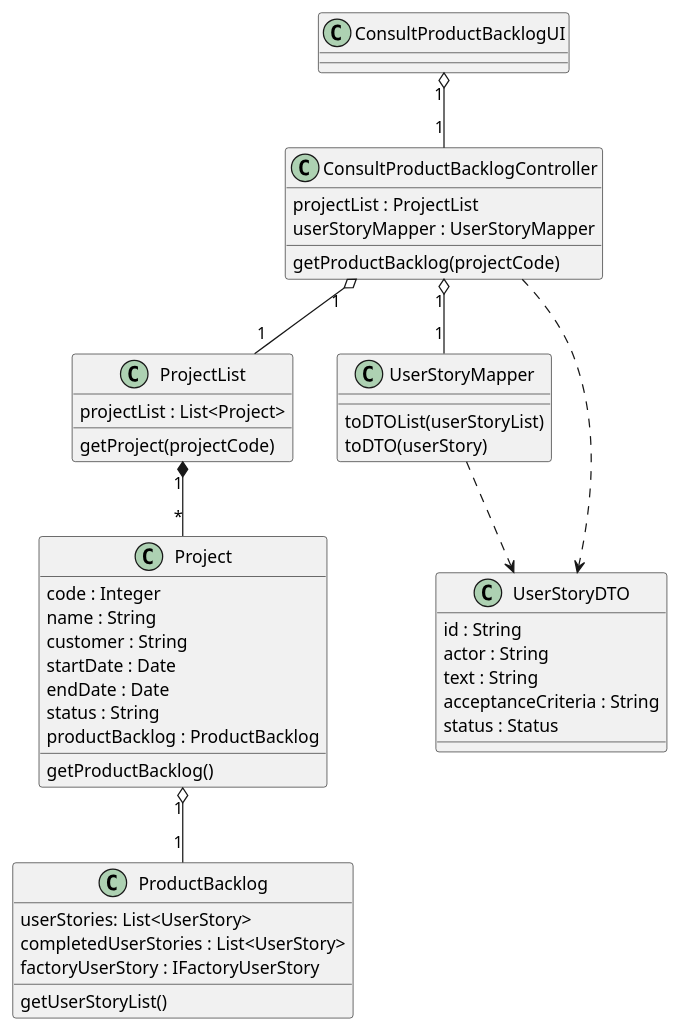
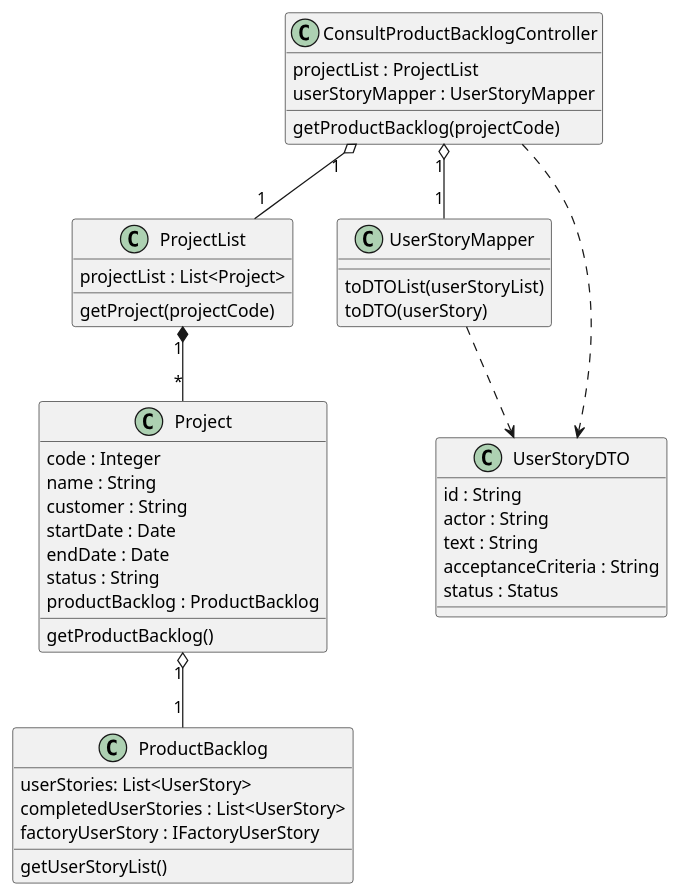
The diagram in docs/modelling_design/user_stories/us018/US018_ConsultProductBacklogCD.puml (ivo-menezes/project_g3), drawn with PlantUML before and after one commit.

Commit message:
US018: Design: Update CD to remove UI

```diff
--- a/docs/modelling_design/user_stories/us018/US018_ConsultProductBacklogCD.puml
+++ b/docs/modelling_design/user_stories/us018/US018_ConsultProductBacklogCD.puml
@@ -1,54 +1,53 @@
 @startuml
-class ConsultProductBacklogUI {}
 
 class ConsultProductBacklogController {
 projectList : ProjectList
 userStoryMapper : UserStoryMapper
 getProductBacklog(projectCode)
 }
 
 class ProjectList {
 projectList : List<Project>
 getProject(projectCode)
 }
 
 class Project {
 code : Integer
 name : String
 customer : String
 startDate : Date
 endDate : Date
 status : String
 productBacklog : ProductBacklog
 getProductBacklog()
 }
 
 class ProductBacklog {
 userStories: List<UserStory>
 completedUserStories : List<UserStory>
 factoryUserStory : IFactoryUserStory
 getUserStoryList()
 }
 
 class UserStoryMapper{
 toDTOList(userStoryList)
 toDTO(userStory)
 }
 
 class UserStoryDTO {
 id : String
 actor : String
 text : String
 acceptanceCriteria : String
 status : Status
 }
 
-ConsultProductBacklogUI "1" o-- "1" ConsultProductBacklogController
+
 ConsultProductBacklogController "1 " o-- "1" ProjectList
 ProjectList "1" *-- "*" Project
 Project "1" o-- "1" ProductBacklog
 ConsultProductBacklogController "1" o-- "1" UserStoryMapper
 ConsultProductBacklogController ..> UserStoryDTO
 UserStoryMapper ..> UserStoryDTO
 
 @enduml
```
